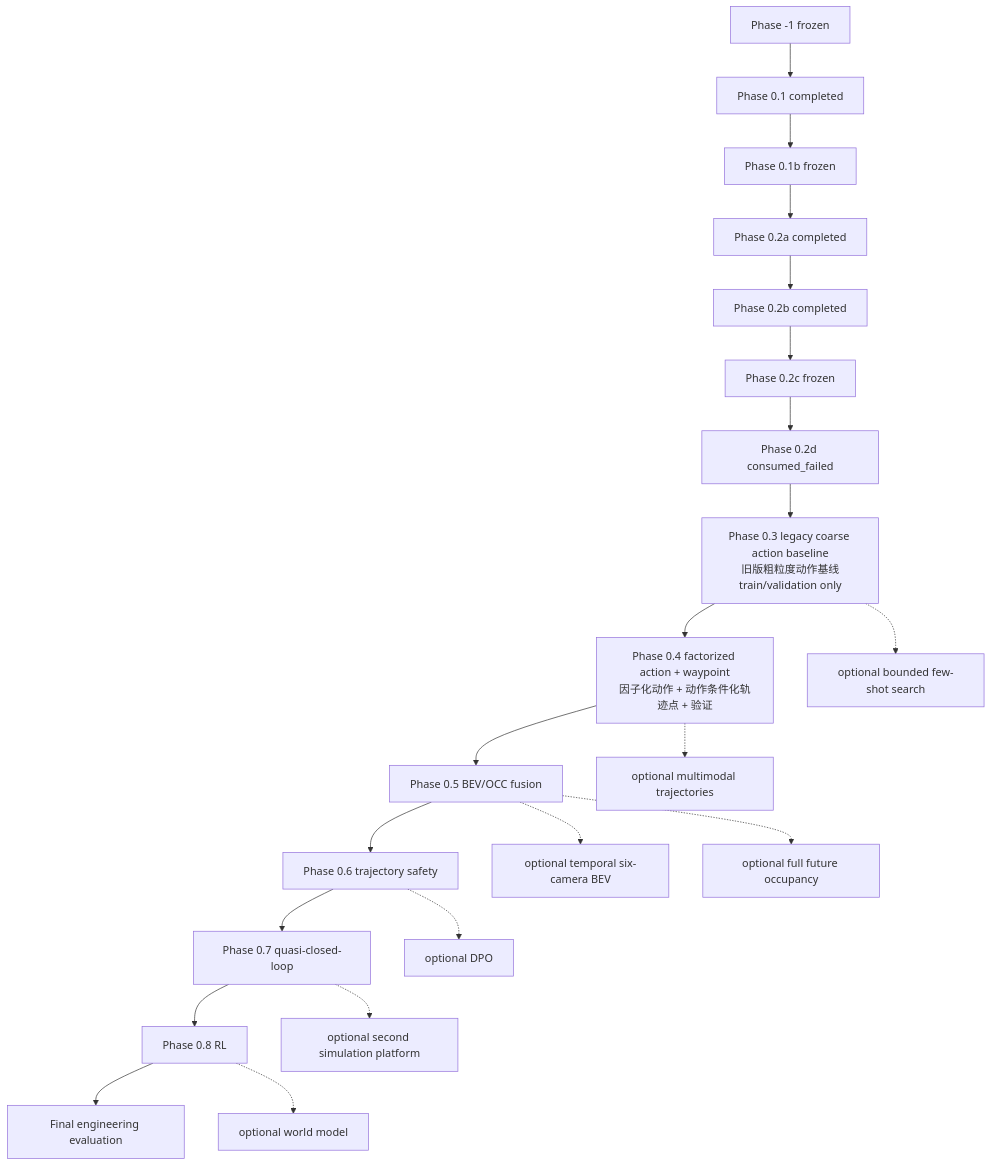
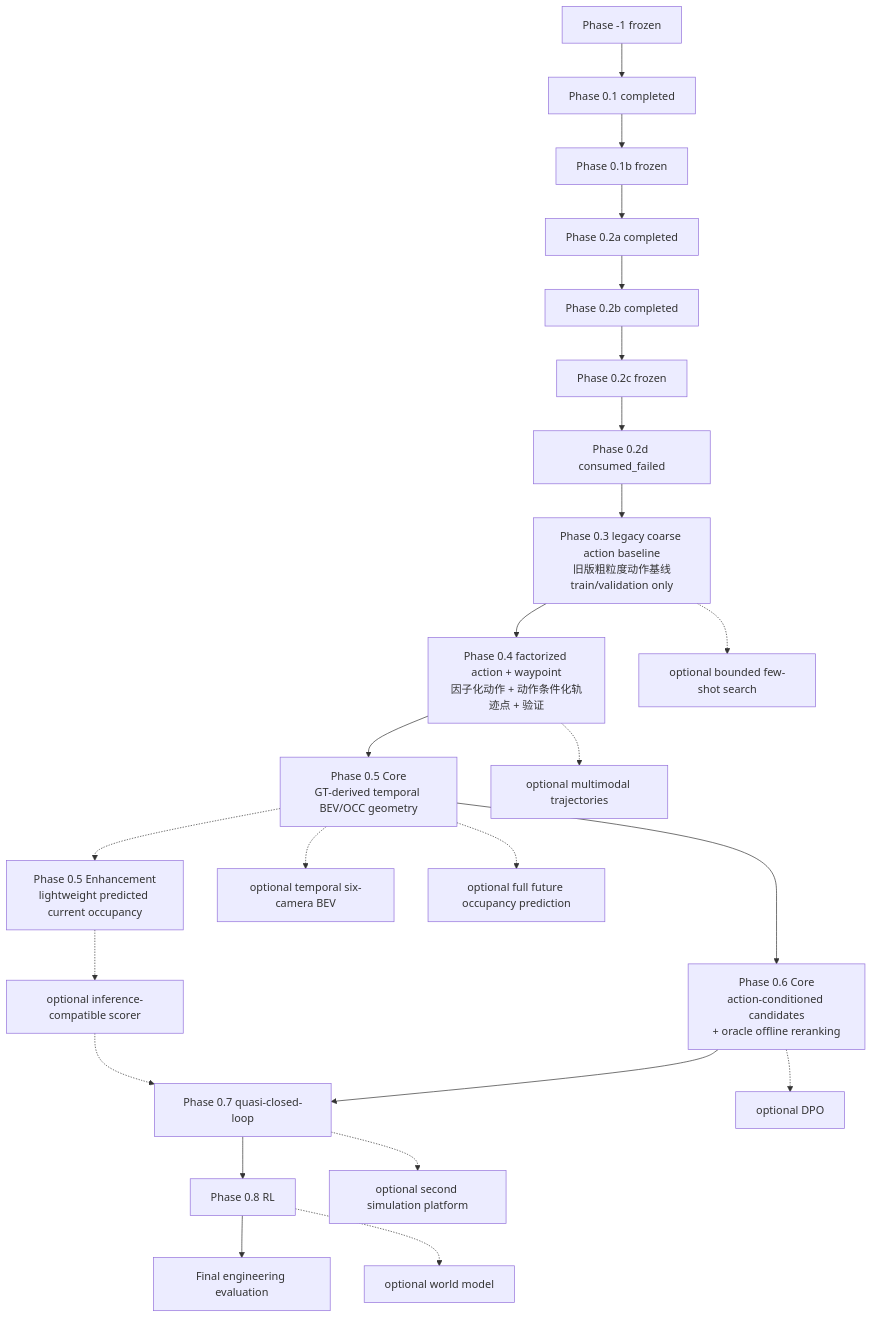
The second of 2 diagrams in project_mvp_plan.md (TNAG031231/4vla_learning), drawn with Mermaid before and after one commit. The commit also changed other lines of this file, not shown here.

Commit message:
docs: align BEV evaluation with action-conditioned reranking

````diff
--- a/project_mvp_plan.md
+++ b/project_mvp_plan.md
@@ -463,24 +463,27 @@
 ```mermaid
 flowchart TD
     Pm1["Phase -1 frozen"] --> P01["Phase 0.1 completed"]
     P01 --> P01b["Phase 0.1b frozen"]
     P01b --> P02a["Phase 0.2a completed"]
     P02a --> P02b["Phase 0.2b completed"]
     P02b --> P02c["Phase 0.2c frozen"]
     P02c --> P02d["Phase 0.2d consumed_failed"]
     P02d --> P03["Phase 0.3 legacy coarse action baseline<br/>旧版粗粒度动作基线<br/>train/validation only"]
     P03 --> P04["Phase 0.4 factorized action + waypoint<br/>因子化动作 + 动作条件化轨迹点 + 验证"]
-    P04 --> P05["Phase 0.5 BEV/OCC fusion"]
-    P05 --> P06["Phase 0.6 trajectory safety"]
+    P04 --> P05["Phase 0.5 Core<br/>GT-derived temporal BEV/OCC geometry"]
+    P05 --> P06["Phase 0.6 Core<br/>action-conditioned candidates<br/>+ oracle offline reranking"]
     P06 --> P07["Phase 0.7 quasi-closed-loop"]
     P07 --> P08["Phase 0.8 RL"]
     P08 --> PF["Final engineering evaluation"]
 
     P03 -.-> OPrompt["optional bounded few-shot search"]
     P04 -.-> OMulti["optional multimodal trajectories"]
+    P05 -.-> P05E["Phase 0.5 Enhancement<br/>lightweight predicted current occupancy"]
+    P05E -.-> P06E["optional inference-compatible scorer"]
+    P06E -.-> P07
     P05 -.-> OTemporalBEV["optional temporal six-camera BEV"]
-    P05 -.-> OFutureOcc["optional full future occupancy"]
+    P05 -.-> OFutureOcc["optional full future occupancy prediction"]
     P06 -.-> ODPO["optional DPO"]
     P07 -.-> OPlatform["optional second simulation platform"]
     P08 -.-> OWorld["optional world model"]
 ```
````
